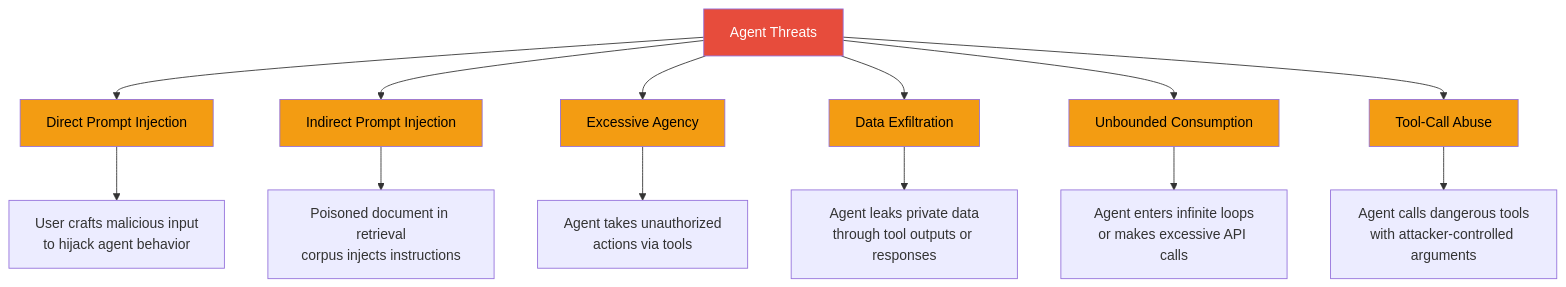
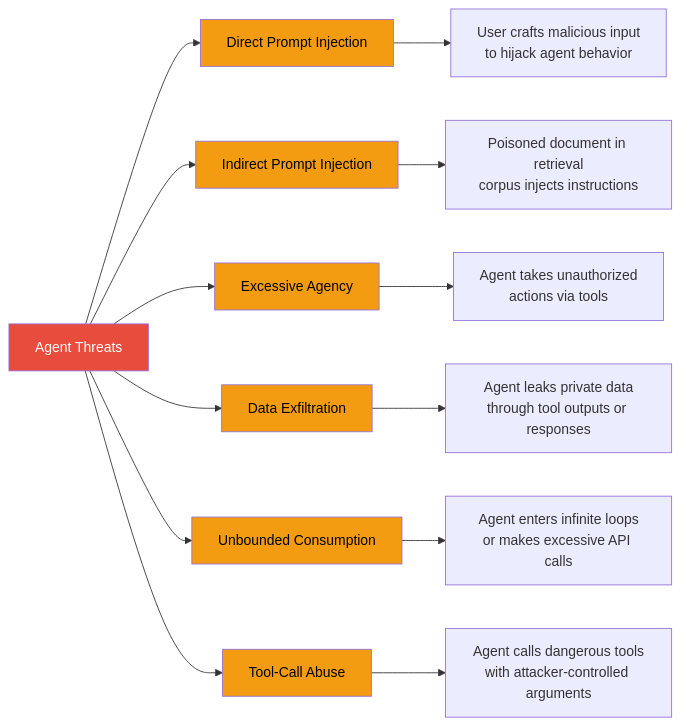
Before and after one commit to tanquangduong/tanquangduong.github.io: the first of 5 diagrams in posts/agent/Guardrails and Safety for Autonomous Retrieval Agents.qmd, drawn with Mermaid. The commit also changed 93 other files, not shown here.

````diff
--- a/posts/agent/Guardrails and Safety for Autonomous Retrieval Agents.qmd
+++ b/posts/agent/Guardrails and Safety for Autonomous Retrieval Agents.qmd
@@ -29,24 +29,24 @@
 ```{mermaid}
-graph TB
+graph LR
     AT["Agent Threats"] --> DI["Direct Prompt Injection"]
     AT --> II["Indirect Prompt Injection"]
     AT --> EA["Excessive Agency"]
     AT --> DE["Data Exfiltration"]
     AT --> UC["Unbounded Consumption"]
     AT --> TC["Tool-Call Abuse"]
 
     DI --> DI1["User crafts malicious input<br/>to hijack agent behavior"]
     II --> II1["Poisoned document in retrieval<br/>corpus injects instructions"]
     EA --> EA1["Agent takes unauthorized<br/>actions via tools"]
     DE --> DE1["Agent leaks private data<br/>through tool outputs or responses"]
     UC --> UC1["Agent enters infinite loops<br/>or makes excessive API calls"]
     TC --> TC1["Agent calls dangerous tools<br/>with attacker-controlled arguments"]
 
     style AT fill:#e74c3c,color:#fff
     style DI fill:#f39c12,color:#000
     style II fill:#f39c12,color:#000
     style EA fill:#f39c12,color:#000
     style DE fill:#f39c12,color:#000
     style UC fill:#f39c12,color:#000
     style TC fill:#f39c12,color:#000
 ```
````
